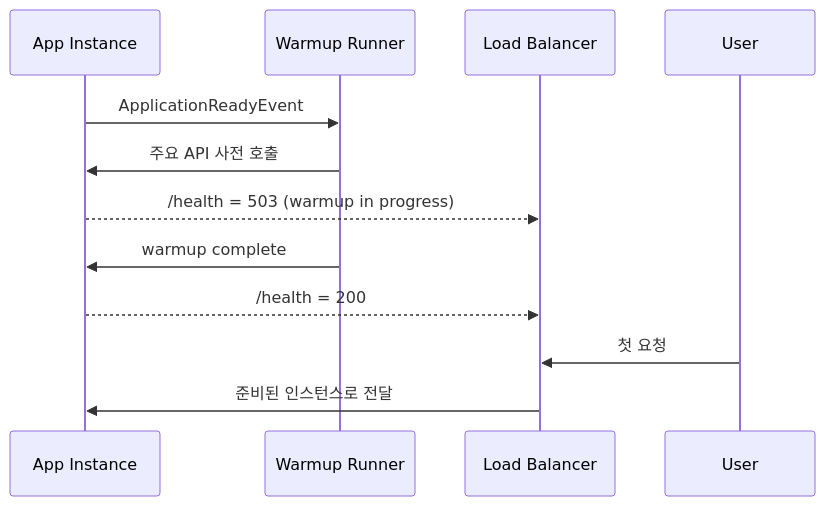
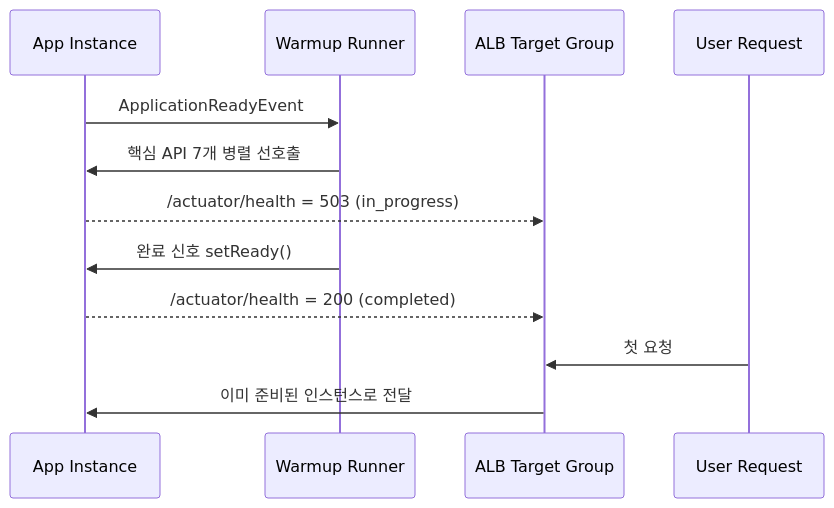
One commit to JunggiKim/JunggiKim.github.io changed the diagram in _posts/2026-02-14-spring-boot-jvm-warmup-cold-start.md. Above: the diagram before and after it, drawn with Mermaid. The commit also changed other lines of this file and 4 other files, not shown here.

Commit message:
docs(blog): expand deep-dive posts and enable mermaid rendering

````diff
--- a/_posts/2026-02-14-spring-boot-jvm-warmup-cold-start.md
+++ b/_posts/2026-02-14-spring-boot-jvm-warmup-cold-start.md
@@ -69,15 +73,15 @@
 ```mermaid
 sequenceDiagram
     participant App as App Instance
     participant Warmup as Warmup Runner
-    participant LB as Load Balancer
-    participant User as User
+    participant LB as ALB Target Group
+    participant User as User Request
 
     App->>Warmup: ApplicationReadyEvent
-    Warmup->>App: 주요 API 사전 호출
-    App-->>LB: /health = 503 (warmup in progress)
-    Warmup->>App: warmup complete
-    App-->>LB: /health = 200
+    Warmup->>App: 핵심 API 7개 병렬 선호출
+    App-->>LB: /actuator/health = 503 (in_progress)
+    Warmup->>App: 완료 신호 setReady()
+    App-->>LB: /actuator/health = 200 (completed)
     User->>LB: 첫 요청
-    LB->>App: 준비된 인스턴스로 전달
+    LB->>App: 이미 준비된 인스턴스로 전달
 ```
````
